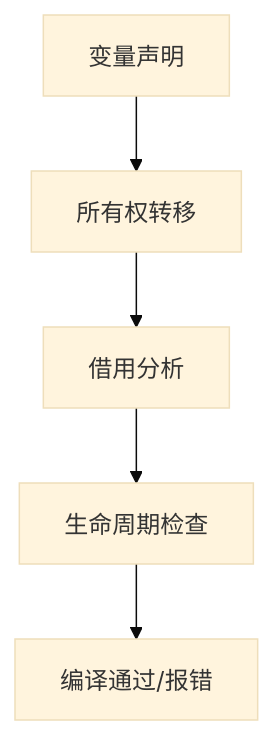
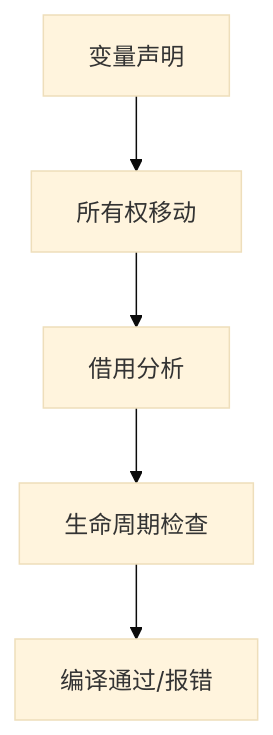
Before and after one commit to martin-ly/rust-lang: the second of 4 diagrams in formal_rust/refactor/01_core_theory/01_variable_system/17_compiler_ir_and_optimization.md, drawn with Mermaid (base theme). The commit also changed other lines of this file and 5740 other files, not shown here.

````diff
--- a/formal_rust/refactor/01_core_theory/01_variable_system/17_compiler_ir_and_optimization.md
+++ b/formal_rust/refactor/01_core_theory/01_variable_system/17_compiler_ir_and_optimization.md
@@ -108,7 +108,7 @@
   ```mermaid
   flowchart TD
-    A[变量声明] --> B[所有权转移]
+    A[变量声明] --> B[所有权移动]
     B --> C[借用分析]
     C --> D[生命周期检查]
     D --> E[编译通过/报错]
   ```
````
